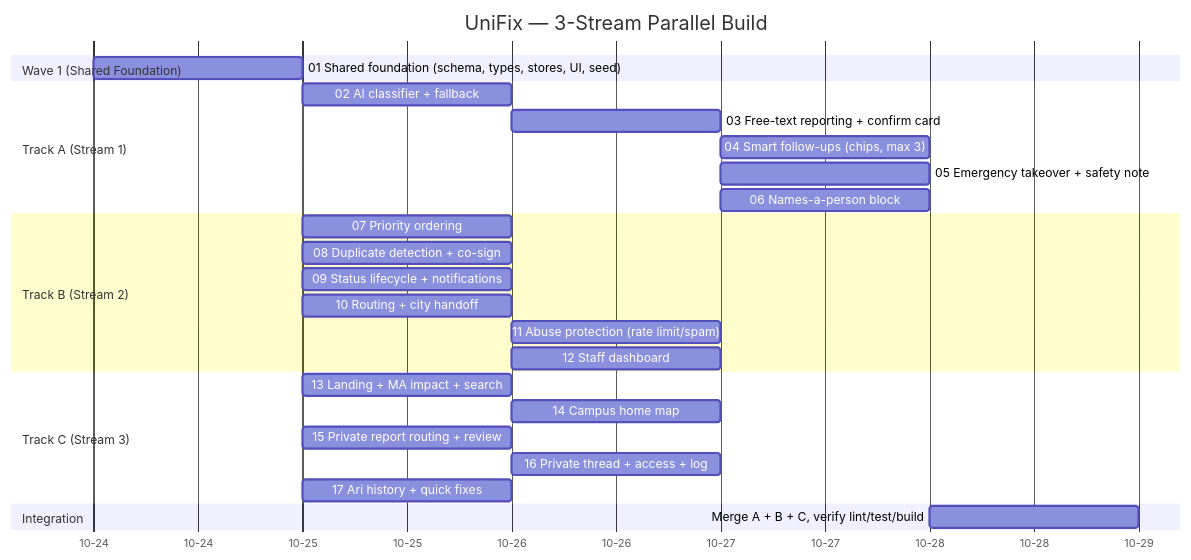
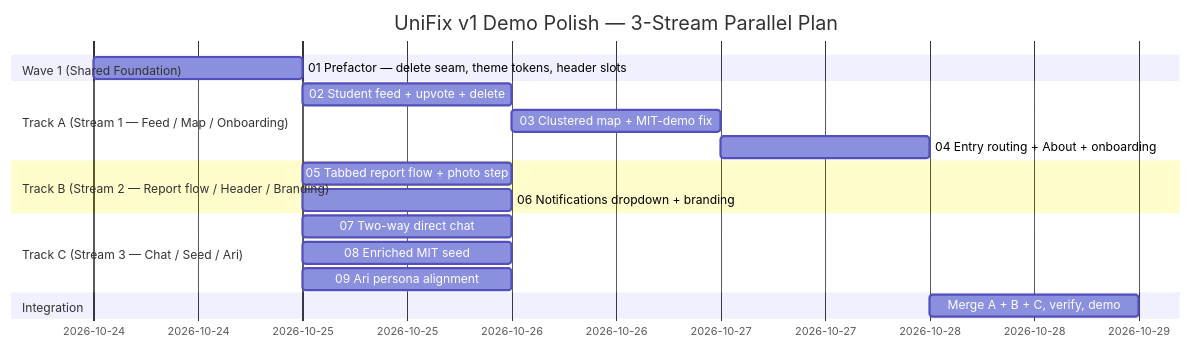
Before and after one commit to sewstie/hackathon: the diagram in issues/00-gantt-roadmap.md, drawn with Mermaid. The commit also changed other lines of this file and 30 other files, not shown here.

First line of the commit message:
docs(issues): replace v1 feature tickets with demo-polish breakdown

````diff
--- a/issues/00-gantt-roadmap.md
+++ b/issues/00-gantt-roadmap.md
@@ -7,34 +5,25 @@
 ```mermaid
 gantt
-    title UniFix — 3-Stream Parallel Build
+    title UniFix v1 Demo Polish — 3-Stream Parallel Plan
     dateFormat YYYY-MM-DD
-    axisFormat %m-%d
 
     section Wave 1 (Shared Foundation)
-    01 Shared foundation (schema, types, stores, UI, seed) :done_shared, 2026-10-24, 1d
+    01 Prefactor — delete seam, theme tokens, header slots :done01, 2026-10-24, 1d
 
-    section Track A (Stream 1)
-    02 AI classifier + fallback            :a2, after done_shared, 1d
-    03 Free-text reporting + confirm card  :a3, after a2, 1d
-    04 Smart follow-ups (chips, max 3)     :a4, after a3, 1d
-    05 Emergency takeover + safety note    :a5, after a3, 1d
-    06 Names-a-person block                :a6, after a3, 1d
+    section Track A (Stream 1 — Feed / Map / Onboarding)
+    02 Student feed + upvote + delete        :a1, after done01, 1d
+    03 Clustered map + MIT-demo fix          :a2, after a1, 1d
+    04 Entry routing + About + onboarding    :a3, after a2, 1d
 
-    section Track B (Stream 2)
-    07 Priority ordering                   :b7, after done_shared, 1d
-    08 Duplicate detection + co-sign       :b8, after done_shared, 1d
-    09 Status lifecycle + notifications     :b9, after done_shared, 1d
-    10 Routing + city handoff              :b10, after done_shared, 1d
-    11 Abuse protection (rate limit/spam)  :b11, after b8, 1d
-    12 Staff dashboard                     :b12, after b7, 1d
+    section Track B (Stream 2 — Report flow / Header / Branding)
+    05 Tabbed report flow + photo step       :b1, after done01, 1d
+    06 Notifications dropdown + branding      :b2, after done01, 1d
 
-    section Track C (Stream 3)
-    13 Landing + MA impact + search        :c13, after done_shared, 1d
-    14 Campus home map                     :c14, after c13, 1d
-    15 Private report routing + review     :c15, after done_shared, 1d
-    16 Private thread + access + log       :c16, after c15, 1d
-    17 Ari history + quick fixes           :c17, after done_shared, 1d
+    section Track C (Stream 3 — Chat / Seed / Ari)
+    07 Two-way direct chat                    :c1, after done01, 1d
+    08 Enriched MIT seed                      :c2, after done01, 1d
+    09 Ari persona alignment                  :c3, after done01, 1d
 
     section Integration
-    Merge A + B + C, verify lint/test/build :integ, after a4, 1d
+    Merge A + B + C, verify, demo             :integ, after a3, 1d
 ```
````
